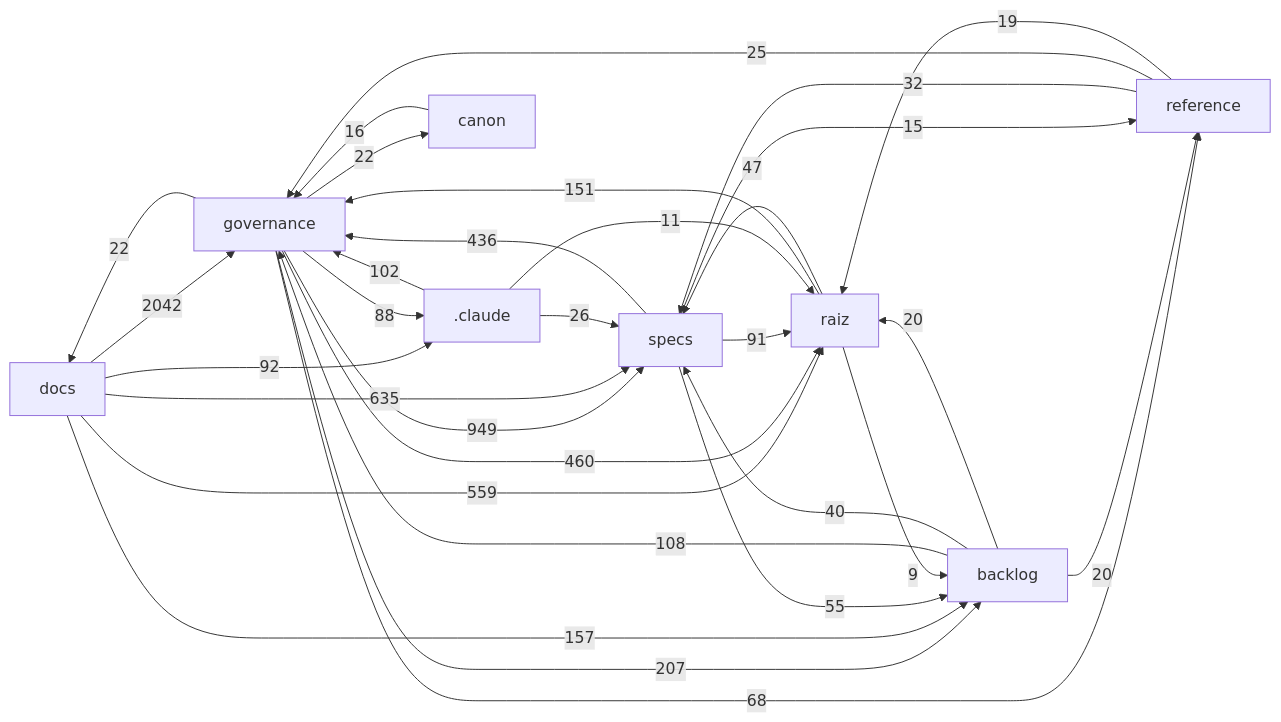
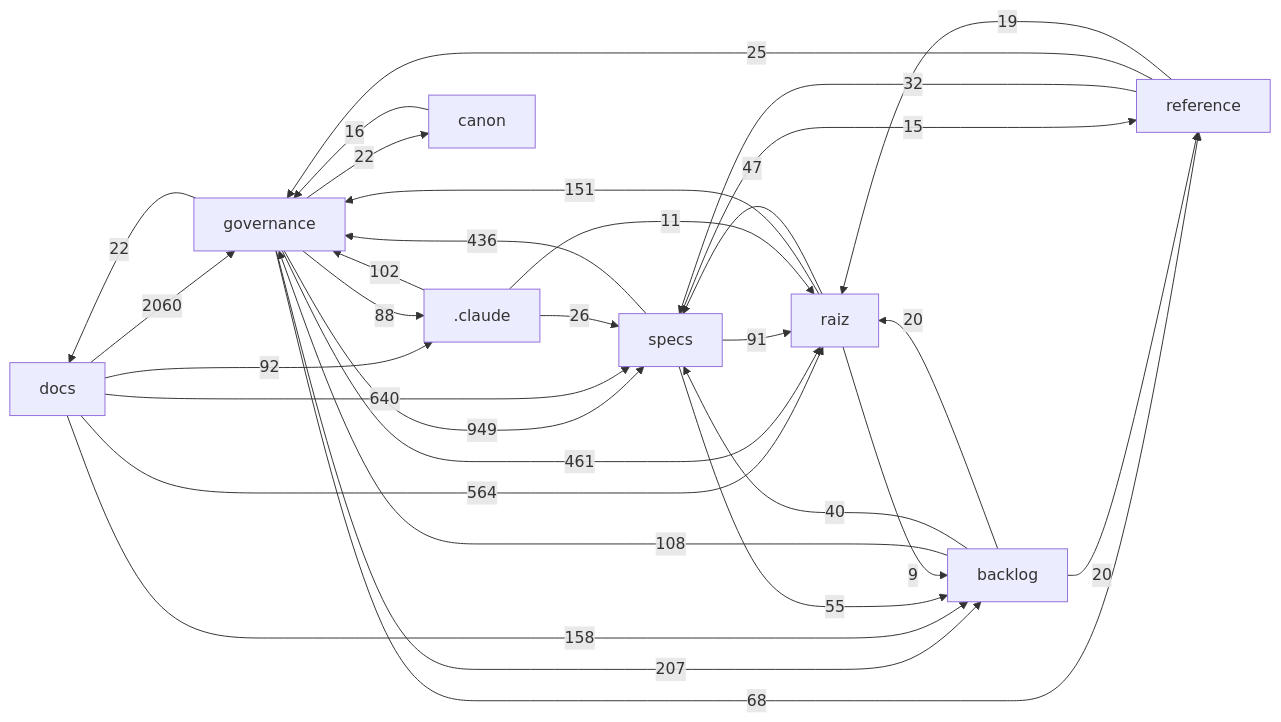
The diagram in docs/mapa/MAPA-PROJETO.md (Andraus35/Sistema-Operacional-de-Trading--SOT), drawn with Mermaid before and after one commit. The commit also changed other lines of this file and 14 other files, not shown here.

````diff
--- a/docs/mapa/MAPA-PROJETO.md
+++ b/docs/mapa/MAPA-PROJETO.md
@@ -29,33 +29,33 @@
 ```mermaid
 flowchart LR
-  docs["docs"] -->|2042| governance["governance"]
+  docs["docs"] -->|2060| governance["governance"]
   governance["governance"] -->|949| specs["specs"]
-  docs["docs"] -->|635| specs["specs"]
-  docs["docs"] -->|559| raiz["raiz"]
-  governance["governance"] -->|460| raiz["raiz"]
+  docs["docs"] -->|640| specs["specs"]
+  docs["docs"] -->|564| raiz["raiz"]
+  governance["governance"] -->|461| raiz["raiz"]
   specs["specs"] -->|436| governance["governance"]
   governance["governance"] -->|207| backlog["backlog"]
-  docs["docs"] -->|157| backlog["backlog"]
+  docs["docs"] -->|158| backlog["backlog"]
   raiz["raiz"] -->|151| governance["governance"]
   backlog["backlog"] -->|108| governance["governance"]
   _claude[".claude"] -->|102| governance["governance"]
   docs["docs"] -->|92| _claude[".claude"]
   specs["specs"] -->|91| raiz["raiz"]
   governance["governance"] -->|88| _claude[".claude"]
   governance["governance"] -->|68| reference["reference"]
   specs["specs"] -->|55| backlog["backlog"]
   raiz["raiz"] -->|47| specs["specs"]
   backlog["backlog"] -->|40| specs["specs"]
   reference["reference"] -->|32| specs["specs"]
   _claude[".claude"] -->|26| specs["specs"]
   reference["reference"] -->|25| governance["governance"]
   governance["governance"] -->|22| docs["docs"]
   governance["governance"] -->|22| canon["canon"]
   backlog["backlog"] -->|20| raiz["raiz"]
   backlog["backlog"] -->|20| reference["reference"]
   reference["reference"] -->|19| raiz["raiz"]
   canon["canon"] -->|16| governance["governance"]
   specs["specs"] -->|15| reference["reference"]
   _claude[".claude"] -->|11| raiz["raiz"]
   raiz["raiz"] -->|9| backlog["backlog"]
 ```
````
